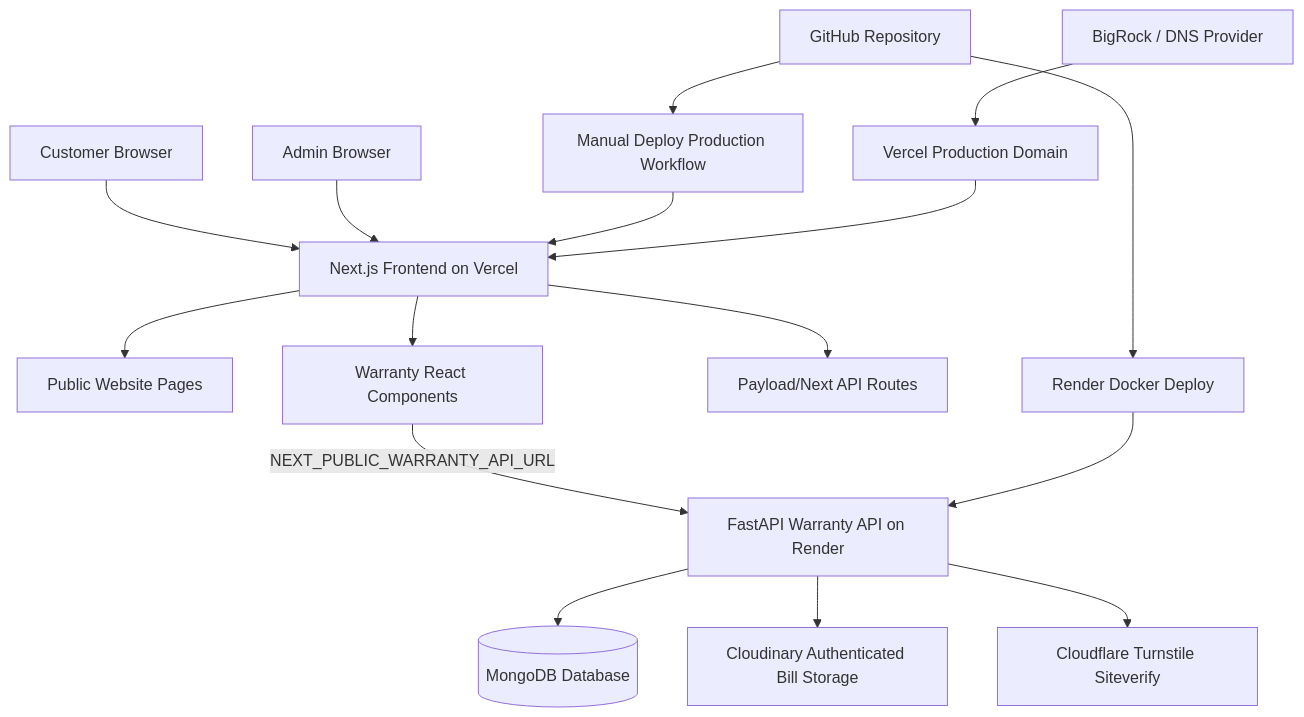
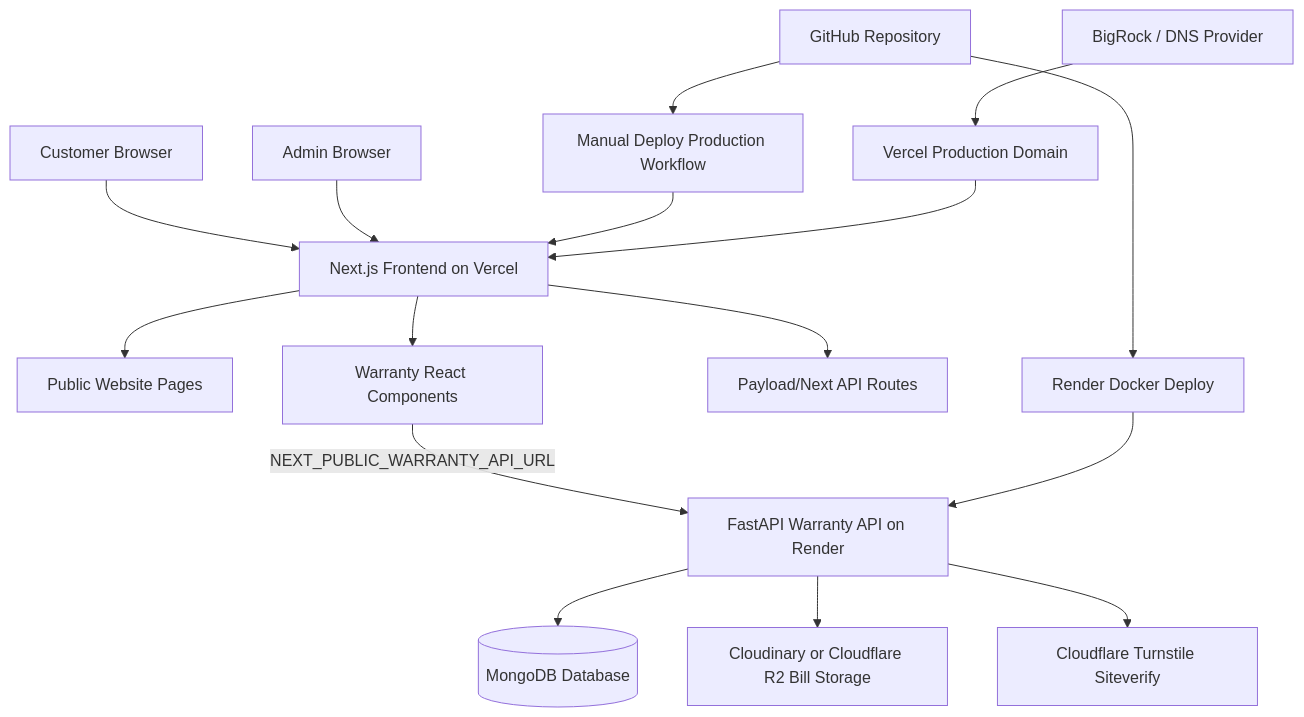
Before and after one commit to traicasolutions-pjcts/limac-website: the first of 5 diagrams in docs/LIMAC_WARRANTY_DESIGN_DOCUMENT.md, drawn with Mermaid. The commit also changed other lines of this file and 10 other files, not shown here.

````diff
--- a/docs/LIMAC_WARRANTY_DESIGN_DOCUMENT.md
+++ b/docs/LIMAC_WARRANTY_DESIGN_DOCUMENT.md
@@ -35,22 +35,22 @@
 ```mermaid
 flowchart TB
   Visitor[Customer Browser] --> Vercel[Next.js Frontend on Vercel]
   Admin[Admin Browser] --> Vercel
 
   Vercel --> PublicPages[Public Website Pages]
   Vercel --> WarrantyClient[Warranty React Components]
   Vercel --> PayloadApi[Payload/Next API Routes]
 
   WarrantyClient -->|NEXT_PUBLIC_WARRANTY_API_URL| RenderApi[FastAPI Warranty API on Render]
   RenderApi --> Mongo[(MongoDB Database)]
-  RenderApi --> Cloudinary[Cloudinary Authenticated Bill Storage]
+  RenderApi --> BillStorage[Cloudinary or Cloudflare R2 Bill Storage]
   RenderApi --> CloudflareTurnstile[Cloudflare Turnstile Siteverify]
 
   GitHub[GitHub Repository] --> GitHubActions[Manual Deploy Production Workflow]
   GitHubActions --> Vercel
   GitHub --> RenderDeploy[Render Docker Deploy]
   RenderDeploy --> RenderApi
 
   DNS[BigRock / DNS Provider] --> VercelDomain[Vercel Production Domain]
   VercelDomain --> Vercel
 ```
````
